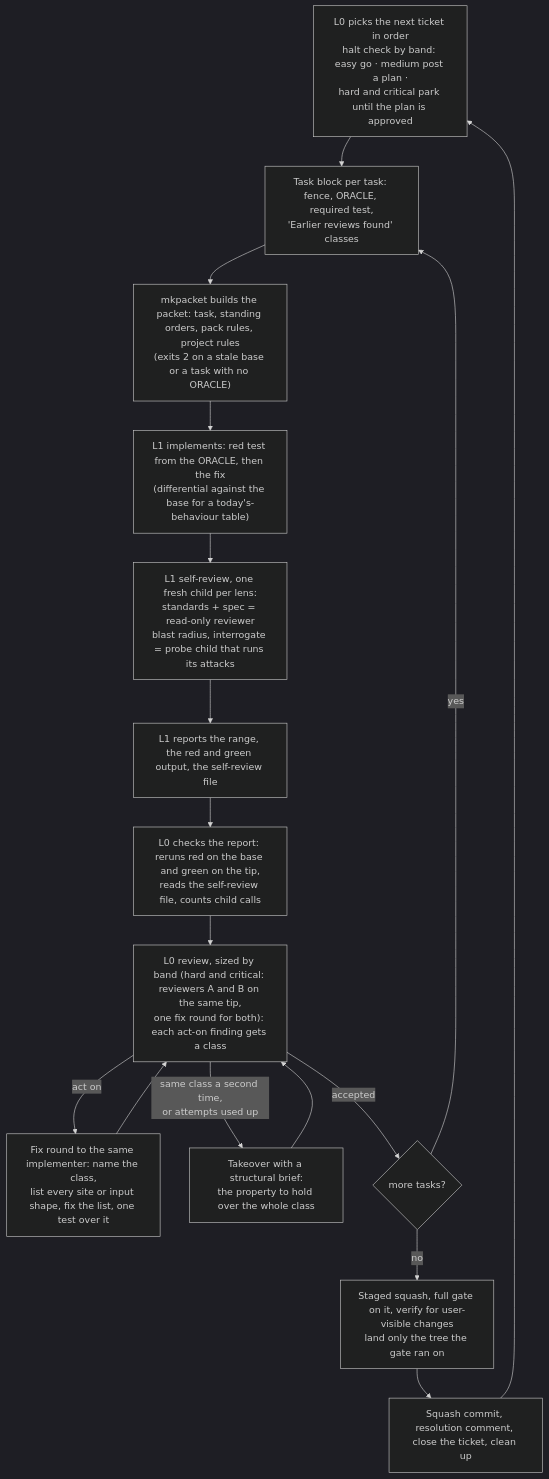
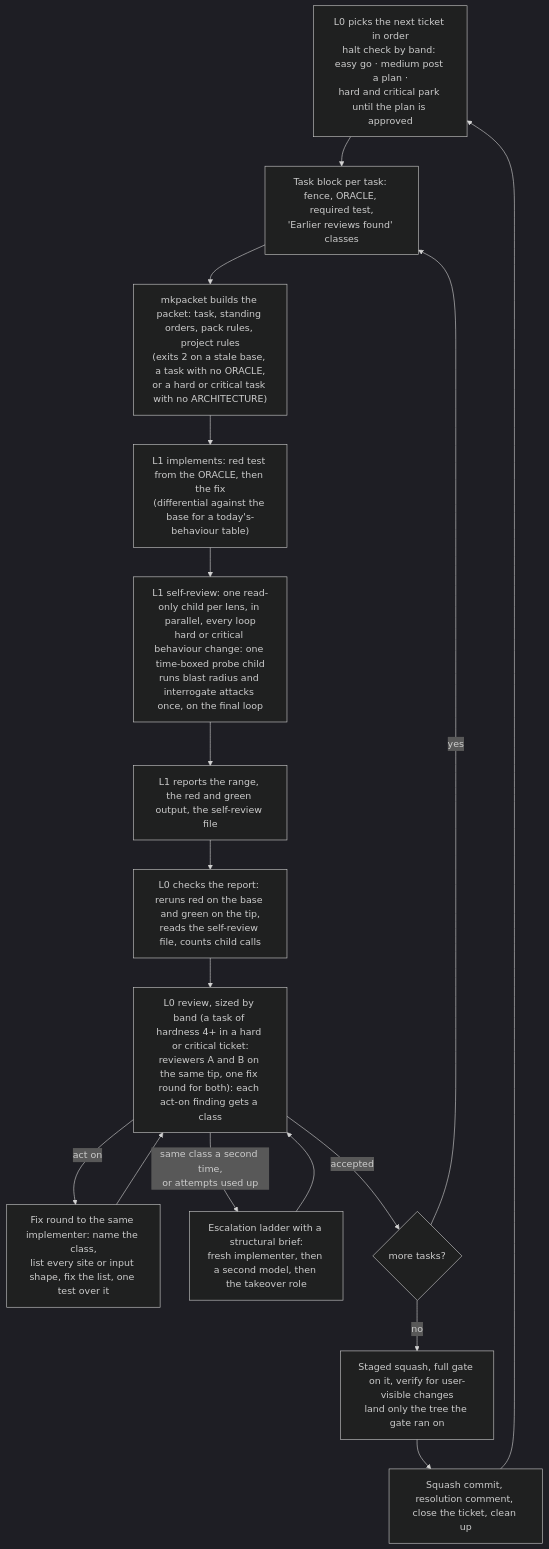
One commit to kushaldotdev/rigor-pack changed the seventh of 7 diagrams in README.md. Above: the diagram before and after it, drawn with Mermaid (dark theme). The commit also changed other lines of this file and 3 other files, not shown here.

First line of the commit message:
feat(rigor): size chain reviews by task hardness, and add an escalation ladder

````diff
--- a/README.md
+++ b/README.md
@@ -164,19 +164,19 @@
 ```mermaid
 flowchart TD
   P["L0 picks the next ticket in order<br/>halt check by band: easy go · medium post a plan ·<br/>hard and critical park until the plan is approved"] --> O["Task block per task: fence, ORACLE, required test,<br/>'Earlier reviews found' classes"]
-  O --> K["mkpacket builds the packet: task, standing orders, pack rules, project rules<br/>(exits 2 on a stale base or a task with no ORACLE)"]
+  O --> K["mkpacket builds the packet: task, standing orders, pack rules, project rules<br/>(exits 2 on a stale base, a task with no ORACLE,<br/>or a hard or critical task with no ARCHITECTURE)"]
   K --> I["L1 implements: red test from the ORACLE, then the fix<br/>(differential against the base for a today's-behaviour table)"]
-  I --> SR["L1 self-review, one fresh child per lens:<br/>standards + spec = read-only reviewer<br/>blast radius, interrogate = probe child that runs its attacks"]
+  I --> SR["L1 self-review: one read-only child per lens, in parallel, every loop<br/>hard or critical behaviour change: one time-boxed probe child<br/>runs blast radius and interrogate attacks once, on the final loop"]
   SR --> R["L1 reports the range, the red and green output, the self-review file"]
   R --> C["L0 checks the report: reruns red on the base and green on the tip,<br/>reads the self-review file, counts child calls"]
-  C --> RV["L0 review, sized by band (hard and critical: reviewers A and B on the same tip,<br/>one fix round for both): each act-on finding gets a class"]
+  C --> RV["L0 review, sized by band (a task of hardness 4+ in a hard or critical ticket:<br/>reviewers A and B on the same tip, one fix round for both): each act-on finding gets a class"]
   RV -- "act on" --> FX["Fix round to the same implementer: name the class,<br/>list every site or input shape, fix the list, one test over it"]
   FX --> RV
-  RV -- "same class a second time,<br/>or attempts used up" --> TK["Takeover with a structural brief:<br/>the property to hold over the whole class"]
+  RV -- "same class a second time,<br/>or attempts used up" --> TK["Escalation ladder with a structural brief:<br/>fresh implementer, then a second model, then the takeover role"]
   TK --> RV
   RV -- accepted --> N{"more tasks?"}
   N -- yes --> O
   N -- no --> G["Staged squash, full gate on it, verify for user-visible changes<br/>land only the tree the gate ran on"]
   G --> CL["Squash commit, resolution comment, close the ticket, clean up"]
   CL --> P
 ```
````
